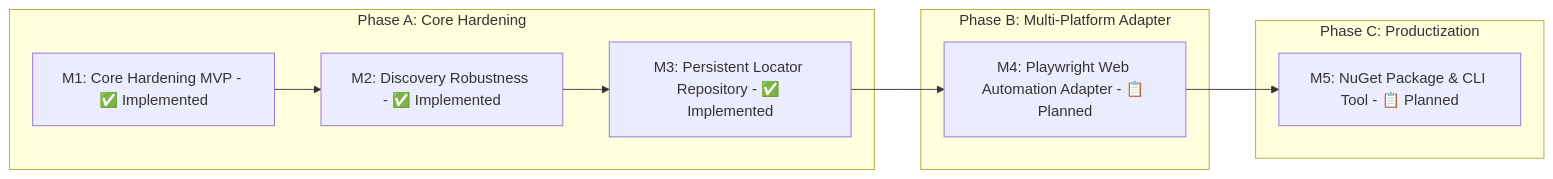
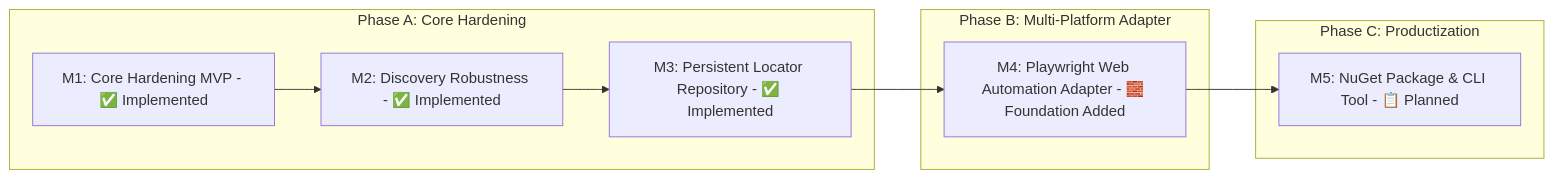
The third of 6 diagrams in PROJECT_SHOWCASE.md (mustafasercansak/automation-sandbox), drawn with Mermaid before and after one commit. The commit also changed other lines of this file and 12 other files, not shown here.

Commit message:
feat: implement WebDiscovery library for Playwright element interaction and automated DOM capture

````diff
--- a/PROJECT_SHOWCASE.md
+++ b/PROJECT_SHOWCASE.md
@@ -175,16 +175,16 @@
 ```mermaid
 graph LR
     subgraph PhaseA [Phase A: Core Hardening]
         M1[M1: Core Hardening MVP - ✅ Implemented]
         M2[M2: Discovery Robustness - ✅ Implemented]
         M3[M3: Persistent Locator Repository - ✅ Implemented]
         M1 --> M2 --> M3
     end
     subgraph PhaseB [Phase B: Multi-Platform Adapter]
-        M4[M4: Playwright Web Automation Adapter - 📋 Planned]
+        M4[M4: Playwright Web Automation Adapter - 🧱 Foundation Added]
     end
     subgraph PhaseC [Phase C: Productization]
         M5[M5: NuGet Package & CLI Tool - 📋 Planned]
     end
     M3 --> M4 --> M5
 ```
````
